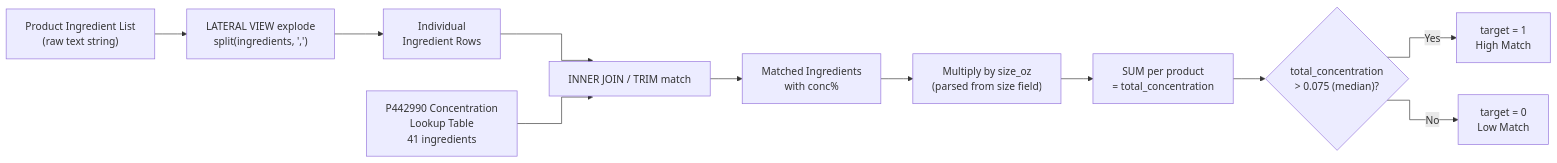
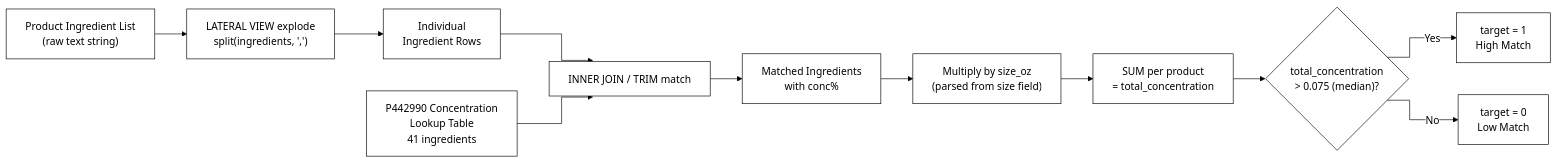
One commit to bakuncwa/btl_model changed the third of 3 diagrams in README.md. Above: the diagram before and after it, drawn with Mermaid. The commit also changed other lines of this file and 1 other file, not shown here.

Commit message:
Black-and-white Mermaid diagrams

````diff
--- a/README.md
+++ b/README.md
@@ -702,21 +703,21 @@
 ```mermaid
-%%{init: {'flowchart': {'curve': 'step'}}}%%
+%%{init: {'theme': 'base', 'flowchart': {'curve': 'step'}, 'themeVariables': {'primaryColor': '#ffffff', 'primaryBorderColor': '#000000', 'primaryTextColor': '#000000', 'lineColor': '#000000', 'secondaryColor': '#ffffff', 'tertiaryColor': '#ffffff', 'mainBkg': '#ffffff', 'nodeBorder': '#000000', 'clusterBkg': '#ffffff', 'clusterBorder': '#000000', 'edgeLabelBackground': '#ffffff', 'attributeBackgroundColorOdd': '#ffffff', 'attributeBackgroundColorEven': '#ffffff'}}}%%
 flowchart LR
     A["Product Ingredient List<br/>(raw text string)"]
     B["LATERAL VIEW explode<br/>split(ingredients, ',')"]
     C["Individual<br/>Ingredient Rows"]
     D["P442990 Concentration<br/>Lookup Table<br/>41 ingredients"]
     E["INNER JOIN / TRIM match"]
     F["Matched Ingredients<br/>with conc%"]
     G["Multiply by size_oz<br/>(parsed from size field)"]
     H["SUM per product<br/>= total_concentration"]
     I{"total_concentration<br/>> 0.075 (median)?"}
     J["target = 1<br/>High Match"]
     K["target = 0<br/>Low Match"]
 
     A --> B --> C --> E
     D --> E
     E --> F --> G --> H --> I
     I -- Yes --> J
     I -- No --> K
 ```
````
